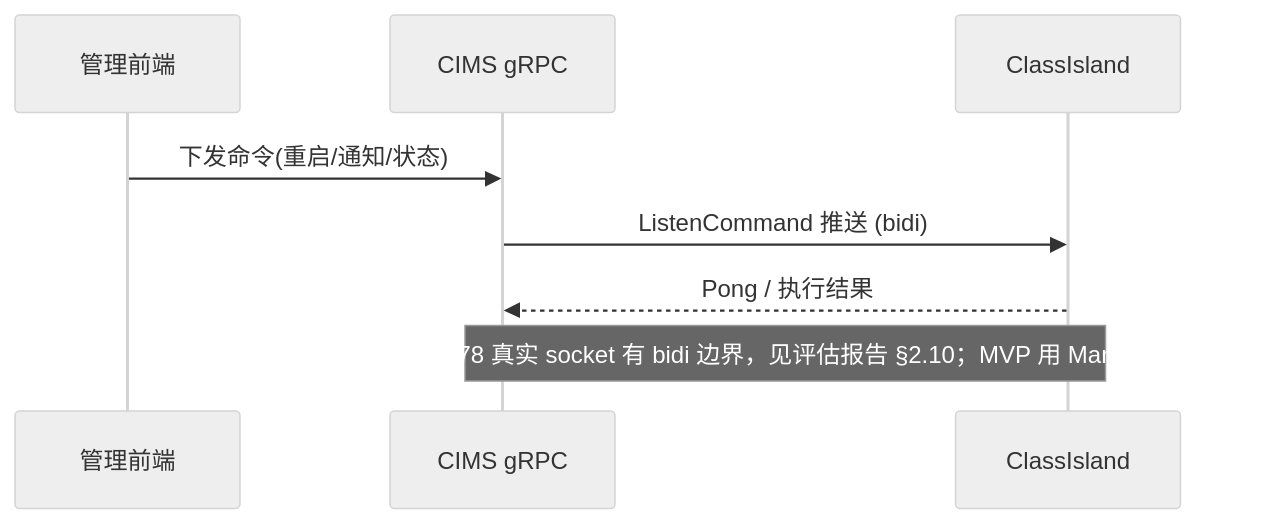
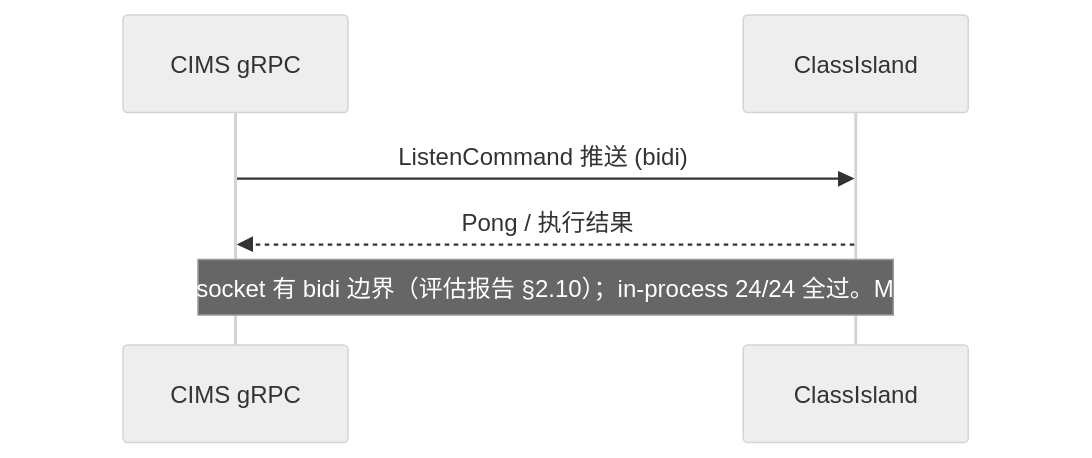
The fourth of 6 diagrams in architecture/架构图.md (WuMengAA/CIMS-Next), drawn with Mermaid (neutral theme) before and after one commit. The commit also changed other lines of this file and 7 other files, not shown here.

````diff
--- a/architecture/架构图.md
+++ b/architecture/架构图.md
@@ -53,10 +86,8 @@
 ```mermaid
 sequenceDiagram
-    participant Admin as 管理前端
     participant CIMS as CIMS gRPC
     participant Client as ClassIsland
-    Admin->>CIMS: 下发命令(重启/通知/状态)
     CIMS->>Client: ListenCommand 推送 (bidi)
     Client-->>CIMS: Pong / 执行结果
-    Note over CIMS,Client: 当前 grpcio 1.78 真实 socket 有 bidi 边界，见评估报告 §2.10；MVP 用 Manifest 拉取模式
+    Note over CIMS,Client: grpcio 1.78 真实 socket 有 bidi 边界（评估报告 §2.10）；in-process 24/24 全过。MVP 不依赖此路径
 ```
````
